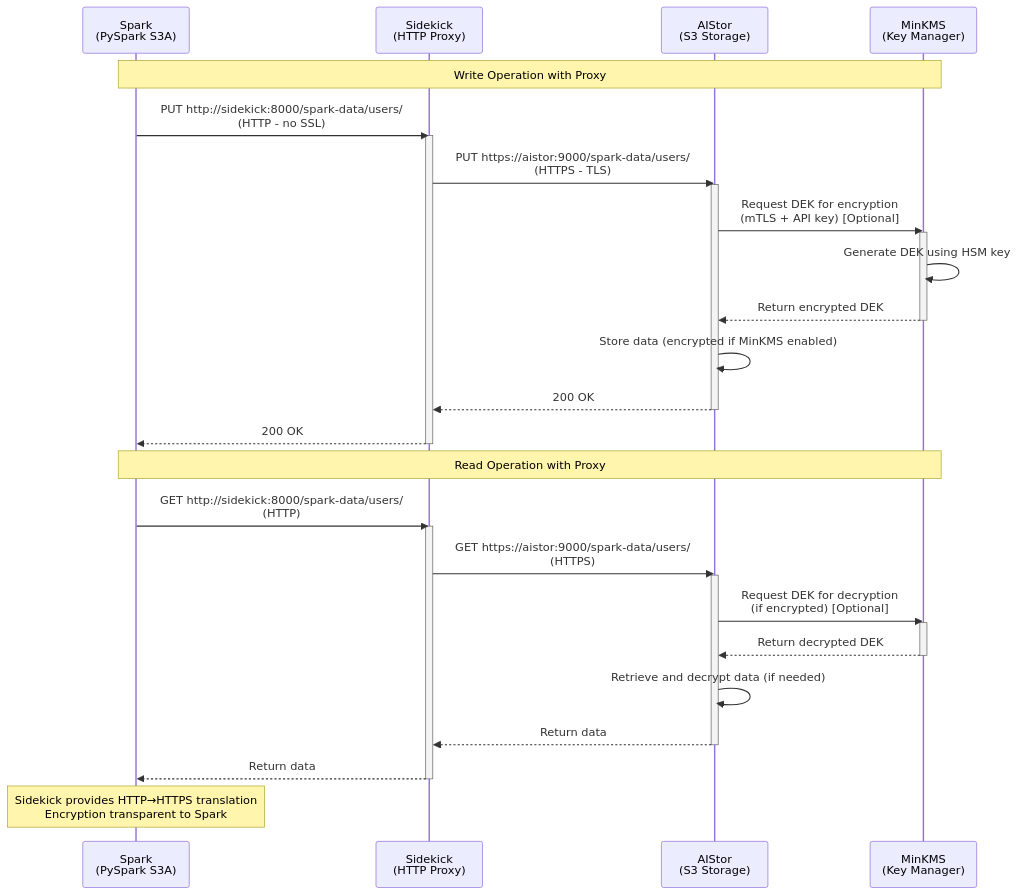
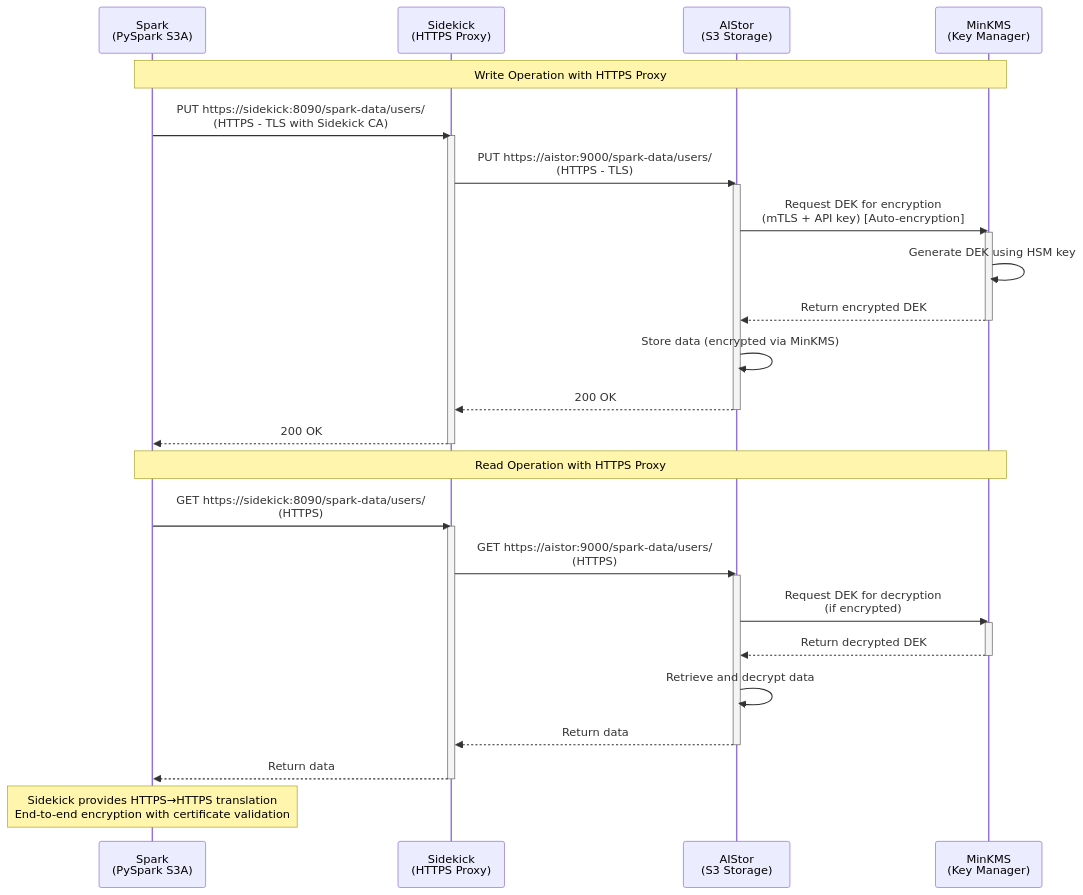
The second of 3 diagrams in README.md (vb140772/spark-s3a-sse-kms-issue), drawn with Mermaid before and after one commit. The commit also changed other lines of this file and 12 other files, not shown here.

First line of the commit message:
Update README and scripts for HTTPS integration and Sidekick enhancements

````diff
--- a/README.md
+++ b/README.md
@@ -146,40 +148,40 @@
 ```mermaid
 sequenceDiagram
     participant Spark as Spark<br/>(PySpark S3A)
-    participant Sidekick as Sidekick<br/>(HTTP Proxy)
+    participant Sidekick as Sidekick<br/>(HTTPS Proxy)
     participant AIStor as AIStor<br/>(S3 Storage)
     participant MinKMS as MinKMS<br/>(Key Manager)
     
-    Note over Spark,MinKMS: Write Operation with Proxy
-    Spark->>Sidekick: PUT http://sidekick:8000/spark-data/users/<br/>(HTTP - no SSL)
+    Note over Spark,MinKMS: Write Operation with HTTPS Proxy
+    Spark->>Sidekick: PUT https://sidekick:8090/spark-data/users/<br/>(HTTPS - TLS with Sidekick CA)
     activate Sidekick
     Sidekick->>AIStor: PUT https://aistor:9000/spark-data/users/<br/>(HTTPS - TLS)
     activate AIStor
-    AIStor->>MinKMS: Request DEK for encryption<br/>(mTLS + API key) [Optional]
+    AIStor->>MinKMS: Request DEK for encryption<br/>(mTLS + API key) [Auto-encryption]
     activate MinKMS
     MinKMS->>MinKMS: Generate DEK using HSM key
     MinKMS-->>AIStor: Return encrypted DEK
     deactivate MinKMS
-    AIStor->>AIStor: Store data (encrypted if MinKMS enabled)
+    AIStor->>AIStor: Store data (encrypted via MinKMS)
     AIStor-->>Sidekick: 200 OK
     deactivate AIStor
     Sidekick-->>Spark: 200 OK
     deactivate Sidekick
     
-    Note over Spark,MinKMS: Read Operation with Proxy
-    Spark->>Sidekick: GET http://sidekick:8000/spark-data/users/<br/>(HTTP)
+    Note over Spark,MinKMS: Read Operation with HTTPS Proxy
+    Spark->>Sidekick: GET https://sidekick:8090/spark-data/users/<br/>(HTTPS)
     activate Sidekick
     Sidekick->>AIStor: GET https://aistor:9000/spark-data/users/<br/>(HTTPS)
     activate AIStor
-    AIStor->>MinKMS: Request DEK for decryption<br/>(if encrypted) [Optional]
+    AIStor->>MinKMS: Request DEK for decryption<br/>(if encrypted)
     activate MinKMS
     MinKMS-->>AIStor: Return decrypted DEK
     deactivate MinKMS
-    AIStor->>AIStor: Retrieve and decrypt data (if needed)
+    AIStor->>AIStor: Retrieve and decrypt data
     AIStor-->>Sidekick: Return data
     deactivate AIStor
     Sidekick-->>Spark: Return data
     deactivate Sidekick
     
-    Note over Spark: Sidekick provides HTTP→HTTPS translation<br/>Encryption transparent to Spark
+    Note over Spark: Sidekick provides HTTPS→HTTPS translation<br/>End-to-end encryption with certificate validation
 ```
````
